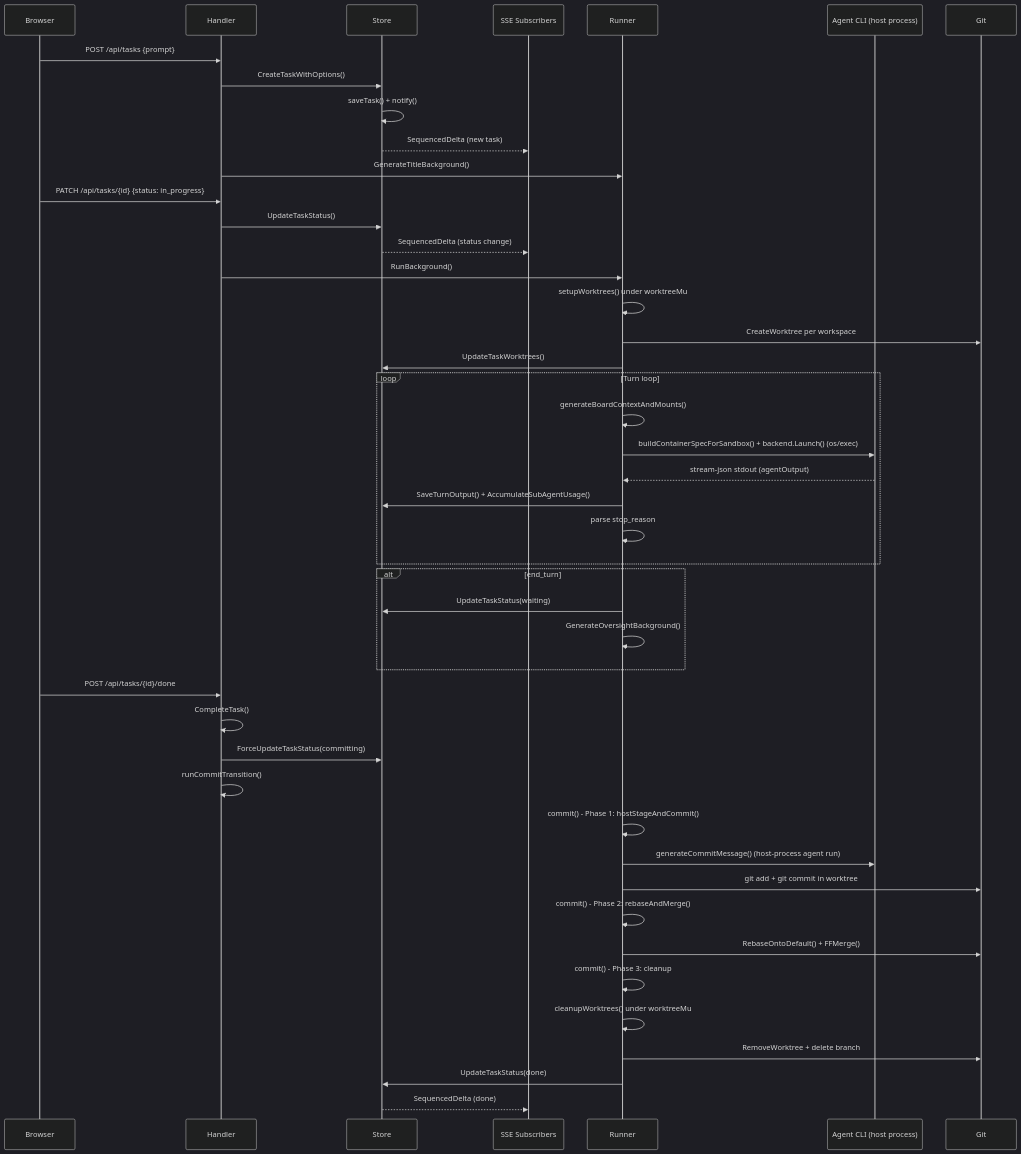
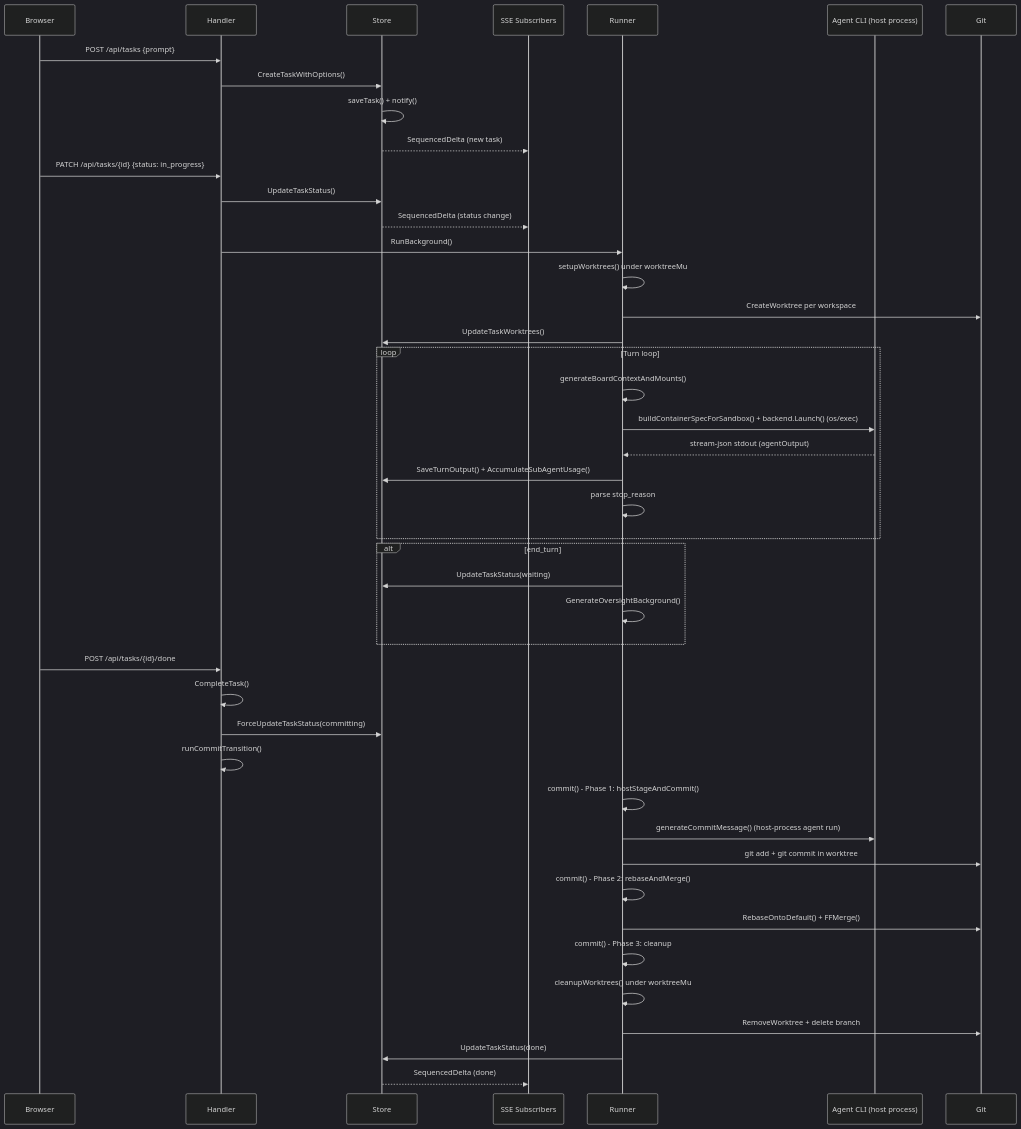
The fourth of 5 diagrams in docs/internals/architecture.md (changkun/wallfacer), drawn with Mermaid (dark theme) before and after one commit. The commit also changed other lines of this file and 69 other files, not shown here.

````diff
--- a/docs/internals/architecture.md
+++ b/docs/internals/architecture.md
@@ -155,57 +155,56 @@
 ```mermaid
 sequenceDiagram
     participant B as Browser
     participant H as Handler
     participant S as Store
     participant SSE as SSE Subscribers
     participant R as Runner
     participant C as Agent CLI (host process)
     participant G as Git
 
     B->>H: POST /api/tasks {prompt}
     H->>S: CreateTaskWithOptions()
     S->>S: saveTask() + notify()
     S-->>SSE: SequencedDelta (new task)
-    H->>R: GenerateTitleBackground()
 
     B->>H: PATCH /api/tasks/{id} {status: in_progress}
     H->>S: UpdateTaskStatus()
     S-->>SSE: SequencedDelta (status change)
     H->>R: RunBackground()
 
     R->>R: setupWorktrees() under worktreeMu
     R->>G: CreateWorktree per workspace
     R->>S: UpdateTaskWorktrees()
 
     loop Turn loop
         R->>R: generateBoardContextAndMounts()
         R->>C: buildContainerSpecForSandbox() + backend.Launch() (os/exec)
         C-->>R: stream-json stdout (agentOutput)
         R->>S: SaveTurnOutput() + AccumulateSubAgentUsage()
         R->>R: parse stop_reason
     end
 
     alt end_turn
         R->>S: UpdateTaskStatus(waiting)
         R->>R: GenerateOversightBackground()
     end
 
     B->>H: POST /api/tasks/{id}/done
     H->>H: CompleteTask()
     H->>S: ForceUpdateTaskStatus(committing)
     H->>H: runCommitTransition()
 
     R->>R: commit() - Phase 1: hostStageAndCommit()
     R->>C: generateCommitMessage() (host-process agent run)
     R->>G: git add + git commit in worktree
 
     R->>R: commit() - Phase 2: rebaseAndMerge()
     R->>G: RebaseOntoDefault() + FFMerge()
 
     R->>R: commit() - Phase 3: cleanup
     R->>R: cleanupWorktrees() under worktreeMu
     R->>G: RemoveWorktree + delete branch
 
     R->>S: UpdateTaskStatus(done)
     S-->>SSE: SequencedDelta (done)
 ```
````
